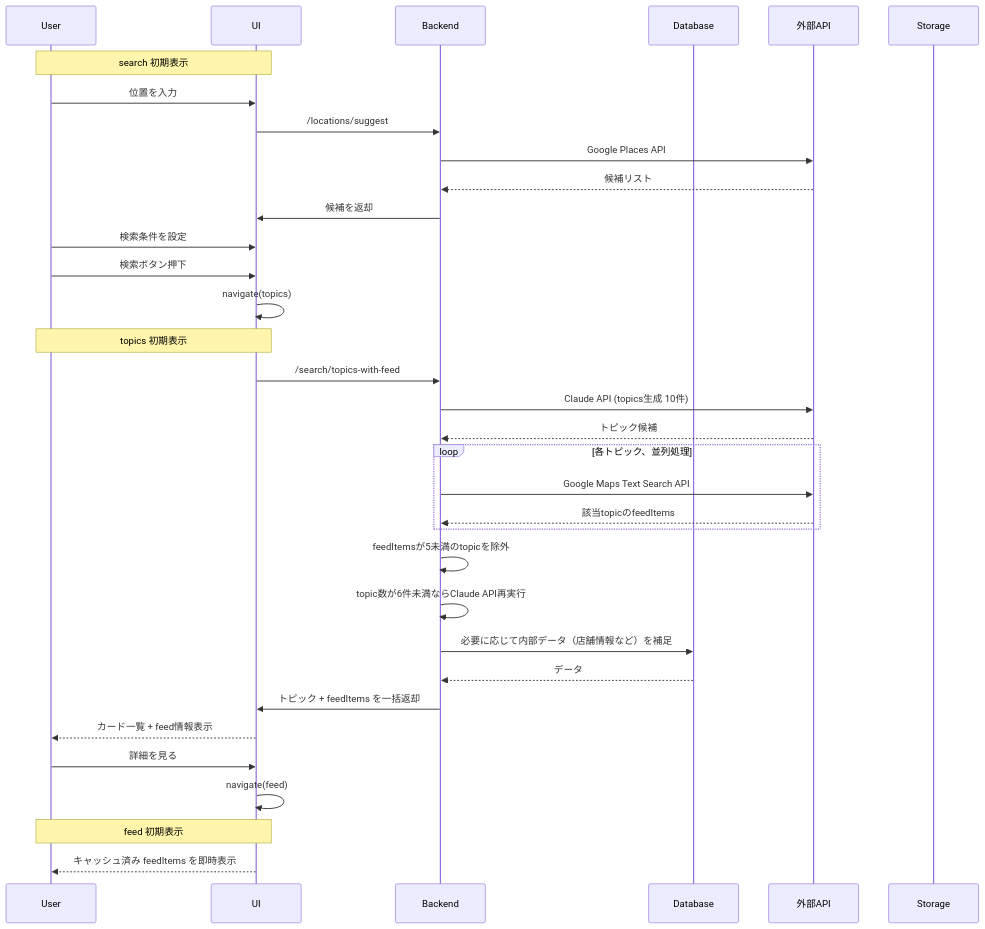
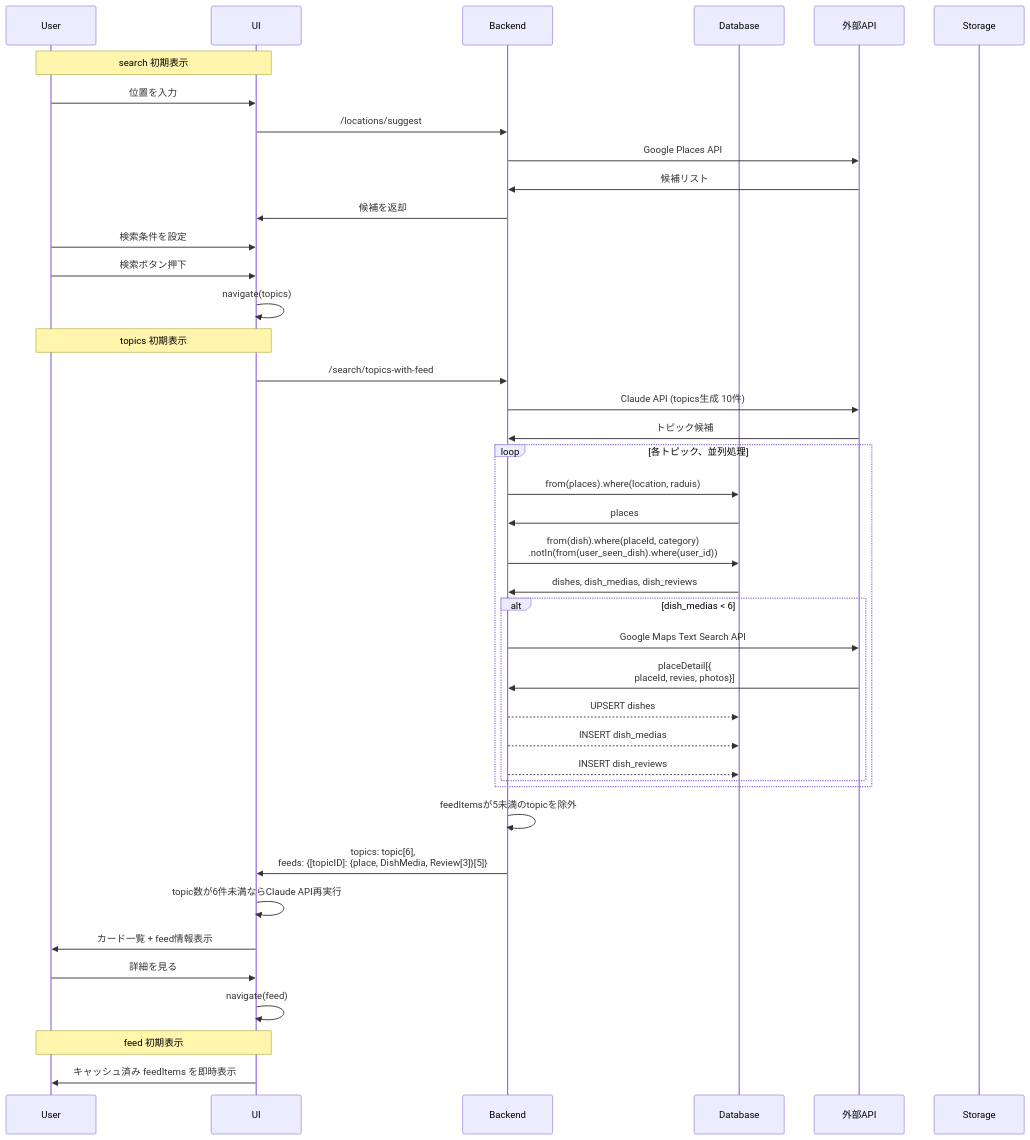
Before and after one commit to Ayato-kosaka/nanitabeyo: the diagram in docs/sequence/search.mmd, drawn with Mermaid.

Commit message:
fix: correct arrow notation in sequence diagram for API interactions

```diff
--- a/docs/sequence/search.mmd
+++ b/docs/sequence/search.mmd
@@ -1,41 +1,48 @@
 sequenceDiagram
     participant User
     participant UI
     participant Backend
     participant Database
     participant 外部API
     participant Storage
 
     %% search/index
     Note over User,UI: search 初期表示
     User ->> UI: 位置を入力
         UI ->> Backend: /locations/suggest
             Backend ->> 外部API: Google Places API
-                外部API -->> Backend: 候補リスト
+                外部API ->> Backend: 候補リスト
             Backend ->> UI: 候補を返却
     User ->> UI: 検索条件を設定
     User ->> UI: 検索ボタン押下
         UI ->> UI: navigate(topics)
 
     %% search/topics
     Note over User,UI: topics 初期表示
         UI ->> Backend: /search/topics-with-feed
             Backend ->> 外部API: Claude API (topics生成 10件)
-                外部API -->> Backend: トピック候補
+                外部API ->> Backend: トピック候補
             loop 各トピック、並列処理
-                Backend ->> 外部API: Google Maps Text Search API
-                    外部API -->> Backend: 該当topicのfeedItems
+                Backend ->> Database: from(places).where(location, raduis)
+                    Database ->> Backend: places
+                Backend ->> Database: from(dish).where(placeId, category)<br>.notIn(from(user_seen_dish).where(user_id))
+                    Database ->> Backend: dishes, dish_medias, dish_reviews
+                alt dish_medias < 6
+                    Backend ->> 外部API: Google Maps Text Search API
+                        外部API ->> Backend: placeDetail[{<br>placeId, revies, photos}]
+                    Backend -->> Database: UPSERT dishes
+                    Backend -->> Database: INSERT dish_medias
+                    Backend -->> Database: INSERT dish_reviews
+                end
             end
             Backend ->> Backend: feedItemsが5未満のtopicを除外
-            Backend ->> Backend: topic数が6件未満ならClaude API再実行
-            Backend ->> Database: 必要に応じて内部データ（店舗情報など）を補足
-                Database -->> Backend: データ
-            Backend ->> UI: トピック + feedItems を一括返却
-        UI -->> User: カード一覧 + feed情報表示
+            Backend ->> UI: topics: topic[6],<br>feeds: {[topicID]: {place, DishMedia, Review[3]}[5]}
+        UI ->> UI: topic数が6件未満ならClaude API再実行
+        UI ->> User: カード一覧 + feed情報表示
 
     User ->> UI: 詳細を見る
         UI ->> UI: navigate(feed)
 
     %% search/feed
     Note over User,UI: feed 初期表示
-        UI -->> User: キャッシュ済み feedItems を即時表示
+        UI ->> User: キャッシュ済み feedItems を即時表示
```
